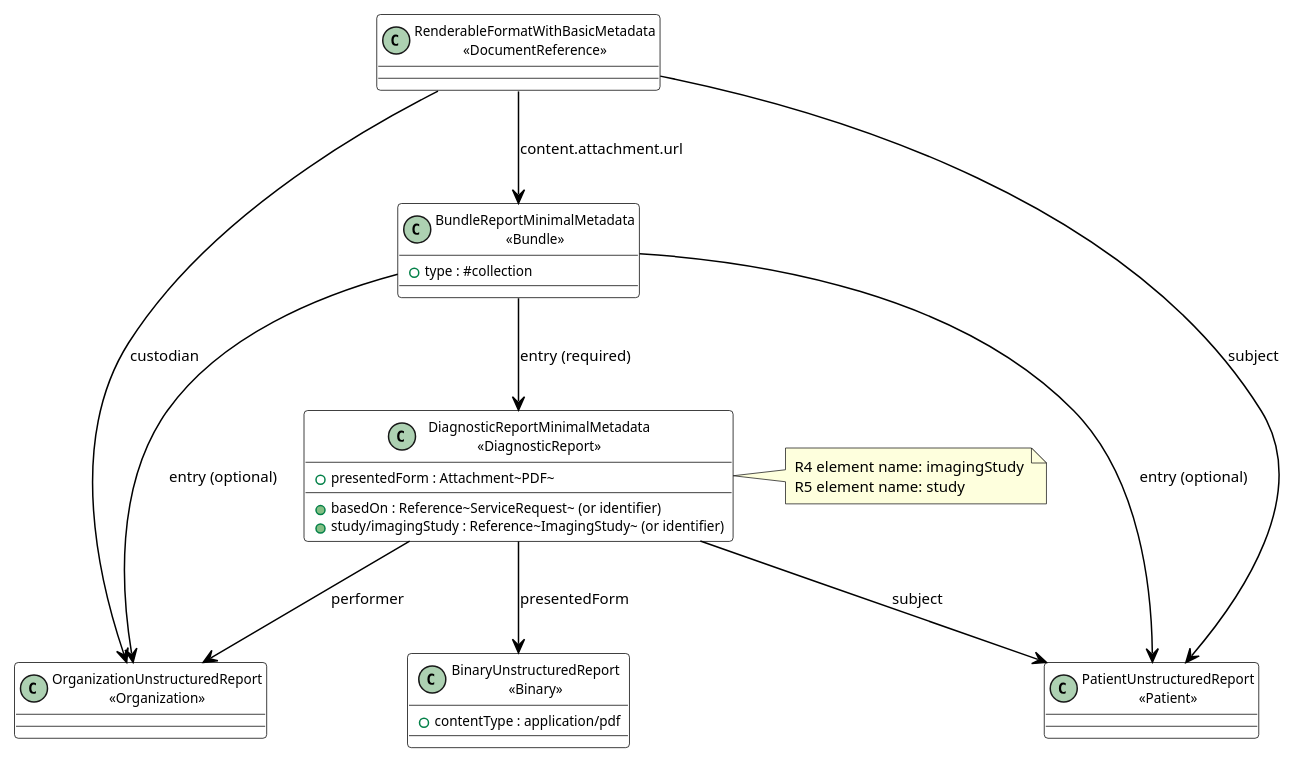
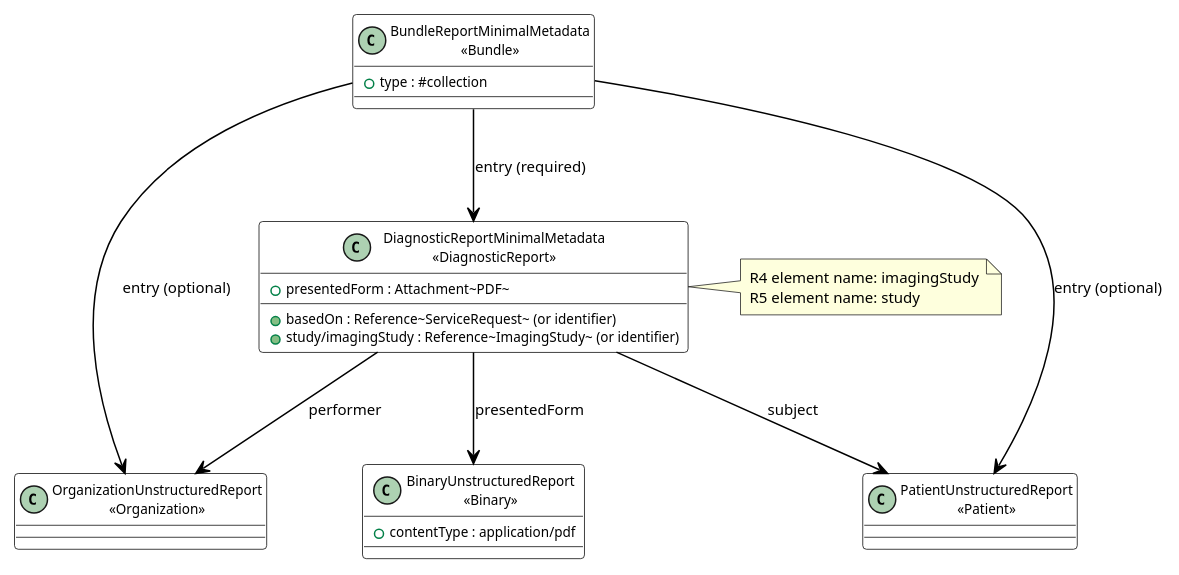
The diagram in ig-src/input/images-source/example-unstructured.plantuml (hl7-eu/imaging), drawn with PlantUML before and after one commit. The commit also changed 51 other files, not shown here.

```diff
--- a/ig-src/input/images-source/example-unstructured.plantuml
+++ b/ig-src/input/images-source/example-unstructured.plantuml
@@ -1,44 +1,40 @@
 @startuml example-unstructured
 
 skinparam backgroundColor white
 skinparam handwritten false
 skinparam defaultFontSize 10
 skinparam classAttributeFontSize 9
 
 skinparam class {
   BackgroundColor White
   BorderColor Black
   ArrowColor Black
 }
 
-class "RenderableFormatWithBasicMetadata\n<<DocumentReference>>" as RenderableFormatWithBasicMetadata [[./DocumentReference-RenderableFormatWithBasicMetadata.html]]
 class "BundleReportMinimalMetadata\n<<Bundle>>" as BundleReportMinimalMetadata [[./Bundle-bundle-report-minimal-metadata-unstructured.html]] {
   +type : #collection
 }
 class "DiagnosticReportMinimalMetadata\n<<DiagnosticReport>>" as DiagnosticReportMinimalMetadata [[./DiagnosticReport-DiagnosticReportMinimalMetadata.html]] {
   +presentedForm : Attachment~PDF~
   +basedOn : Reference~ServiceRequest~ (or identifier)
   +study/imagingStudy : Reference~ImagingStudy~ (or identifier)
 }
 class "PatientUnstructuredReport\n<<Patient>>" as PatientUnstructuredReport [[./Patient-PatientUnstructuredReport.html]]
 class "OrganizationUnstructuredReport\n<<Organization>>" as OrganizationUnstructuredReport [[./Organization-OrganizationUnstructuredReport.html]]
 class "BinaryUnstructuredReport\n<<Binary>>" as BinaryUnstructuredReport [[./Binary-BinaryUnstructuredReport.html]] {
   +contentType : application/pdf
 }
 
-RenderableFormatWithBasicMetadata --> BundleReportMinimalMetadata : content.attachment.url
-RenderableFormatWithBasicMetadata --> PatientUnstructuredReport : subject
-RenderableFormatWithBasicMetadata --> OrganizationUnstructuredReport : custodian
 BundleReportMinimalMetadata --> DiagnosticReportMinimalMetadata : entry (required)
 BundleReportMinimalMetadata --> PatientUnstructuredReport : entry (optional)
 BundleReportMinimalMetadata --> OrganizationUnstructuredReport : entry (optional)
 DiagnosticReportMinimalMetadata --> PatientUnstructuredReport : subject
 DiagnosticReportMinimalMetadata --> OrganizationUnstructuredReport : performer
 DiagnosticReportMinimalMetadata --> BinaryUnstructuredReport : presentedForm
 
 note right of DiagnosticReportMinimalMetadata
 R4 element name: imagingStudy
 R5 element name: study
 end note
 
 @enduml
```
